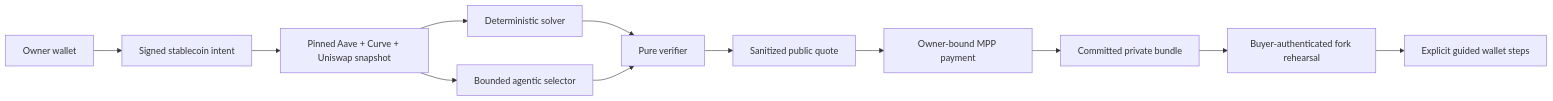
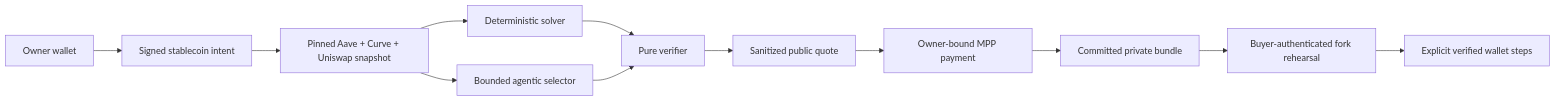
One commit to SebastianBoehler/cobia changed the diagram in README.md. Above: the diagram before and after it, drawn with Mermaid. The commit also changed other lines of this file and 44 other files, not shown here.

````diff
--- a/README.md
+++ b/README.md
@@ -52,14 +53,14 @@
 ```mermaid
 flowchart LR
     W["Owner wallet"] --> I["Signed stablecoin intent"]
     I --> S["Pinned Aave + Curve + Uniswap snapshot"]
     S --> D["Deterministic solver"]
     S --> A["Bounded agentic selector"]
     D --> V["Pure verifier"]
     A --> V
     V --> Q["Sanitized public quote"]
     Q --> P["Owner-bound MPP payment"]
     P --> R["Committed private bundle"]
     R --> F["Buyer-authenticated fork rehearsal"]
-    F --> E["Explicit guided wallet steps"]
+    F --> E["Explicit verified wallet steps"]
 ```
````
